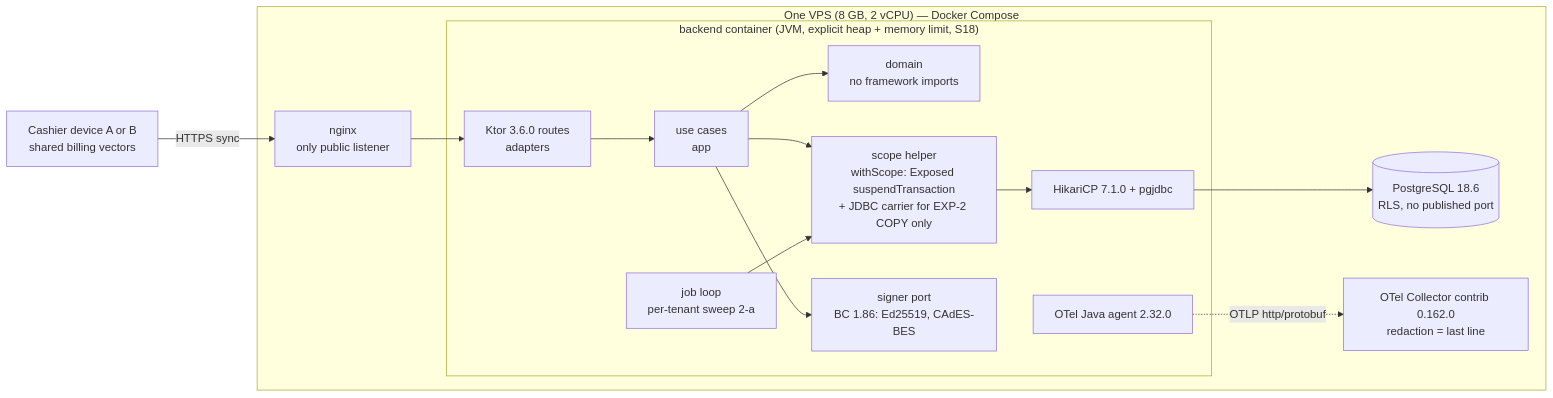
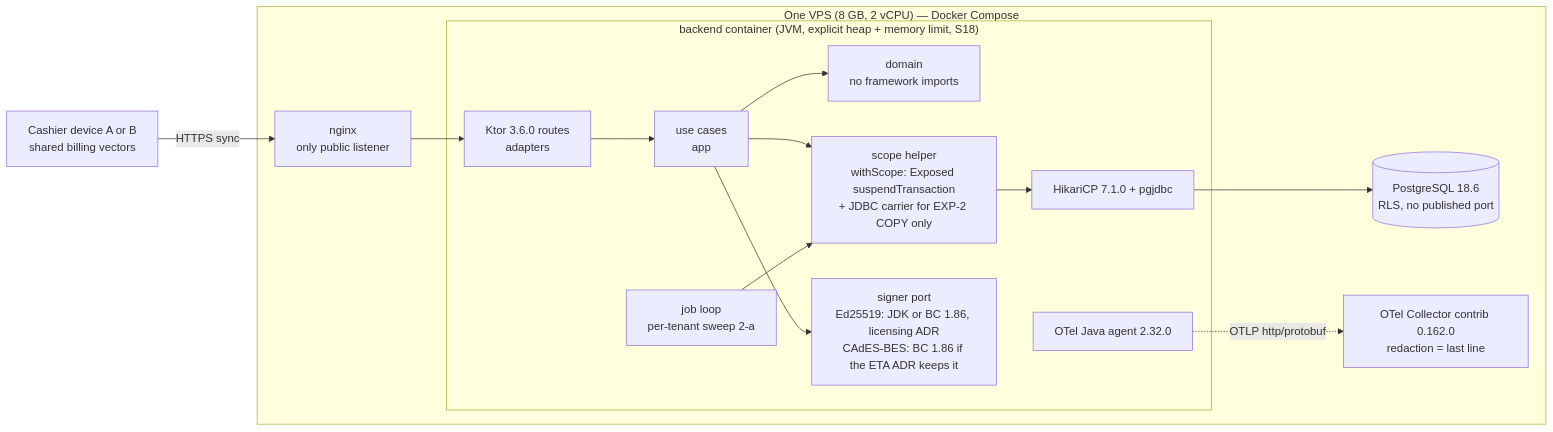
The diagram in docs/architecture/adr-0006-backend-track.md (Kodelix/kodeebo), drawn with Mermaid before and after one commit. The commit also changed other lines of this file and 3 other files, not shown here.

````diff
--- a/docs/architecture/adr-0006-backend-track.md
+++ b/docs/architecture/adr-0006-backend-track.md
@@ -165,23 +165,23 @@
 ```mermaid
 flowchart LR
   subgraph VPS["One VPS (8 GB, 2 vCPU) — Docker Compose"]
     NG[nginx<br/>only public listener]
     subgraph BE["backend container (JVM, explicit heap + memory limit, S18)"]
       AG[OTel Java agent 2.32.0]
       KT[Ktor 3.6.0 routes<br/>adapters]
       UC[use cases<br/>app]
       DM[domain<br/>no framework imports]
       SH[scope helper<br/>withScope: Exposed suspendTransaction<br/>+ JDBC carrier for EXP-2 COPY only]
       JB[job loop<br/>per-tenant sweep 2-a]
-      SG[signer port<br/>BC 1.86: Ed25519, CAdES-BES]
+      SG[signer port<br/>Ed25519: JDK or BC 1.86, licensing ADR<br/>CAdES-BES: BC 1.86 if the ETA ADR keeps it]
       HP[HikariCP 7.1.0 + pgjdbc]
     end
     PG[(PostgreSQL 18.6<br/>RLS, no published port)]
     OC[OTel Collector contrib 0.162.0<br/>redaction = last line]
   end
   DEV[Cashier device A or B<br/>shared billing vectors] -->|HTTPS sync| NG --> KT --> UC --> DM
   UC --> SH --> HP --> PG
   JB --> SH
   UC --> SG
   AG -.OTLP http/protobuf.-> OC
 ```
````
